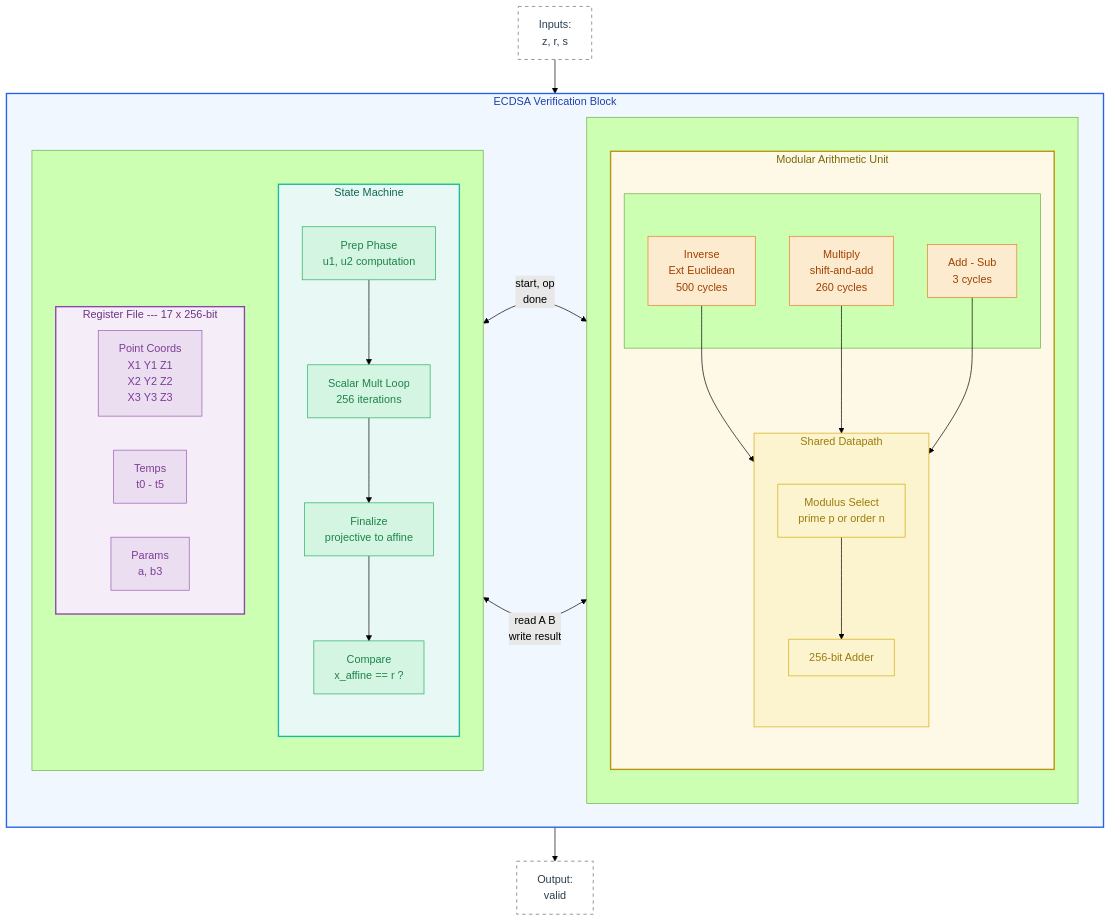
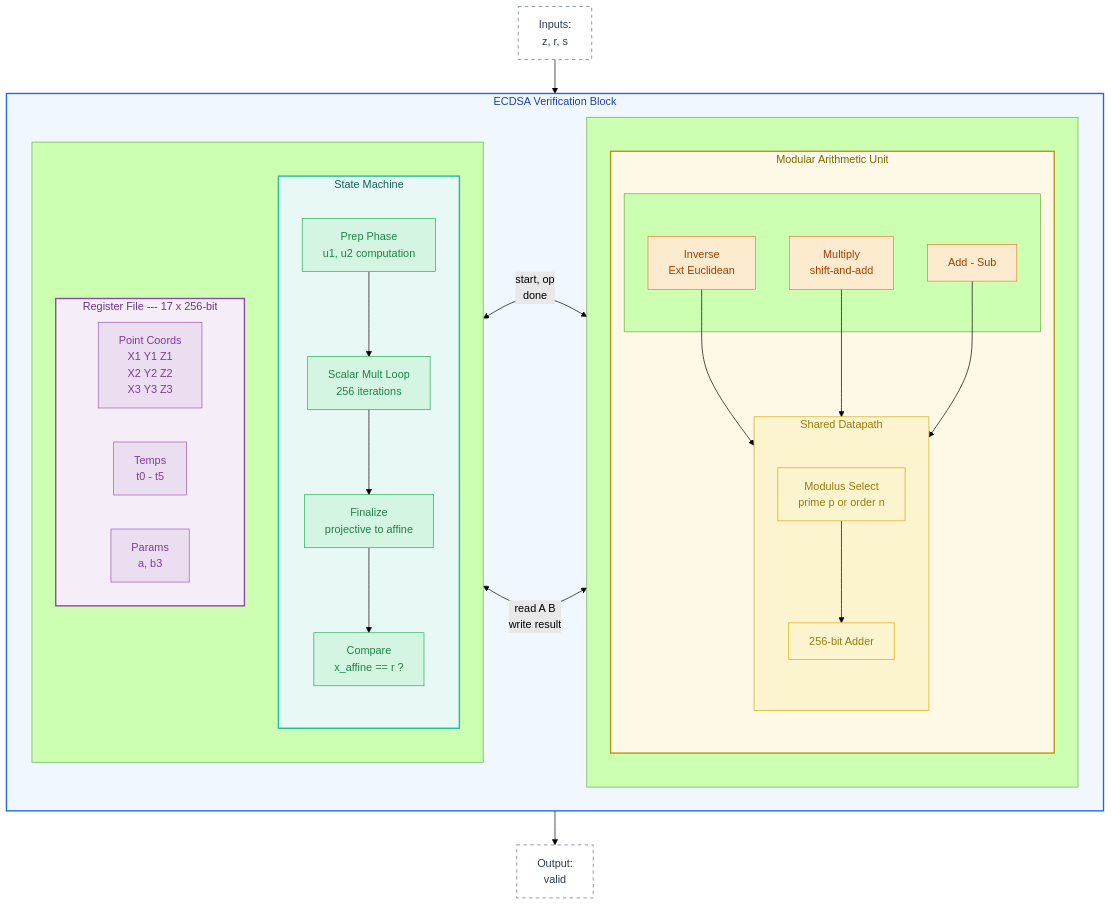
Before and after one commit to JamesPetrie/off-switch: the third of 3 diagrams in README.md, drawn with Mermaid (forest theme). The commit also changed other lines of this file and 3 other files, not shown here.

````diff
--- a/README.md
+++ b/README.md
@@ -308,81 +308,81 @@
 ```mermaid
 flowchart TB
     subgraph ECDSA["ECDSA Verification Block"]
         direction LR
         
         subgraph left[" "]
             direction TB
             
             subgraph SM["State Machine"]
                 direction TB
                 SM_PREP["Prep Phase<br/>u1, u2 computation"]
                 SM_LOOP["Scalar Mult Loop<br/>256 iterations"]
                 SM_FIN["Finalize<br/>projective to affine"]
                 SM_CMP["Compare<br/>x_affine == r ?"]
                 
                 SM_PREP --> SM_LOOP
                 SM_LOOP --> SM_FIN
                 SM_FIN --> SM_CMP
             end
             
             subgraph REGS["Register File --- 17 x 256-bit"]
                 direction LR
                 R_PT["Point Coords<br/>X1 Y1 Z1<br/>X2 Y2 Z2<br/>X3 Y3 Z3"]
                 R_TMP["Temps<br/>t0 - t5"]
                 R_PRM["Params<br/>a, b3"]
             end
         end
         
         subgraph right[" "]
             direction TB
             
             subgraph ARITH["Modular Arithmetic Unit"]
                 direction TB
                 
                 subgraph ops[" "]
                     direction LR
-                    INV["Inverse<br/>Ext Euclidean<br/>500 cycles"]
-                    MUL["Multiply<br/>shift-and-add<br/>260 cycles"]
-                    ADDSUB["Add - Sub<br/>3 cycles"]
+                    INV["Inverse<br/>Ext Euclidean"]
+                    MUL["Multiply<br/>shift-and-add"]
+                    ADDSUB["Add - Sub"]
                 end
                 
                 subgraph shared["Shared Datapath"]
                     direction TB
                     MOD["Modulus Select<br/>prime p or order n"]
                     ADD256["256-bit Adder"]
                     MOD --> ADD256
                 end
                 
                 INV --> shared
                 MUL --> shared
                 ADDSUB --> shared
             end
         end
         
         SM <-->|"start, op<br/>done"| ARITH
         REGS <-->|"read A B<br/>write result"| ARITH
     end
     
     EXT_IN["Inputs:<br/>z, r, s"] --> ECDSA
     ECDSA --> EXT_OUT["Output:<br/>valid"]
     
     classDef outer fill:#f0f7ff,stroke:#2563eb,stroke-width:2px,color:#1e40af
     classDef arithbox fill:#fef9e7,stroke:#b7950b,stroke-width:2px,color:#7d6608
     classDef smbox fill:#e8f8f5,stroke:#1abc9c,stroke-width:2px,color:#0e6655
     classDef smnode fill:#d5f5e3,stroke:#27ae60,stroke-width:1px,color:#1d8348
     classDef regsbox fill:#f5eef8,stroke:#8e44ad,stroke-width:2px,color:#6c3483
     classDef regsnode fill:#ebdef0,stroke:#9b59b6,stroke-width:1px,color:#7d3c98
     classDef subunit fill:#fdebd0,stroke:#e67e22,stroke-width:1px,color:#a04000
     classDef sharedbox fill:#fcf3cf,stroke:#d4ac0d,stroke-width:1px,color:#9a7d0a
     classDef external fill:#ffffff,stroke:#5d6d7e,stroke-width:1px,stroke-dasharray: 5 5,color:#2c3e50
     
     class ECDSA outer
     class ARITH arithbox
     class SM smbox
     class SM_PREP,SM_LOOP,SM_FIN,SM_CMP smnode
     class REGS regsbox
     class R_PT,R_TMP,R_PRM regsnode
     class INV,MUL,ADDSUB subunit
     class shared,MOD,ADD256 sharedbox
     class EXT_IN,EXT_OUT external
 ```
````
